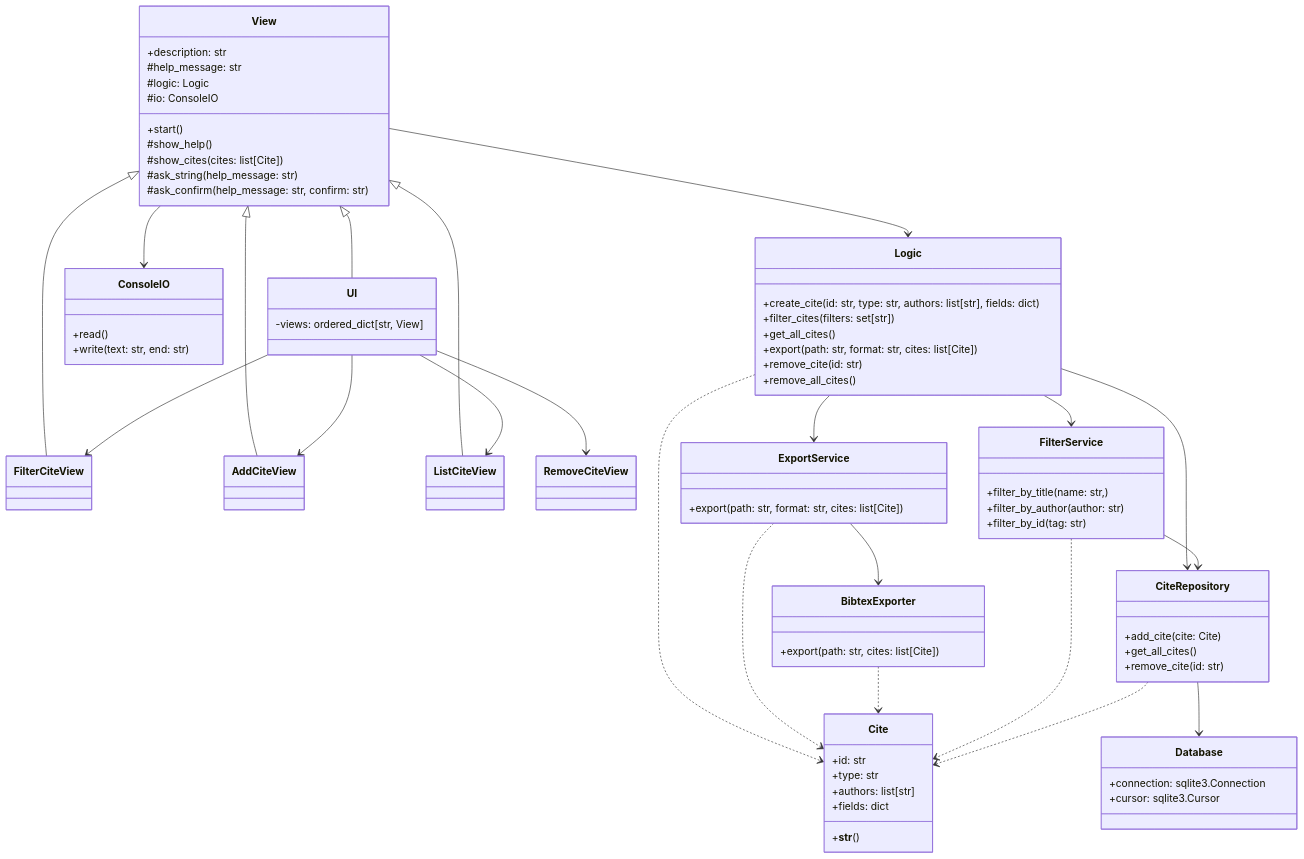
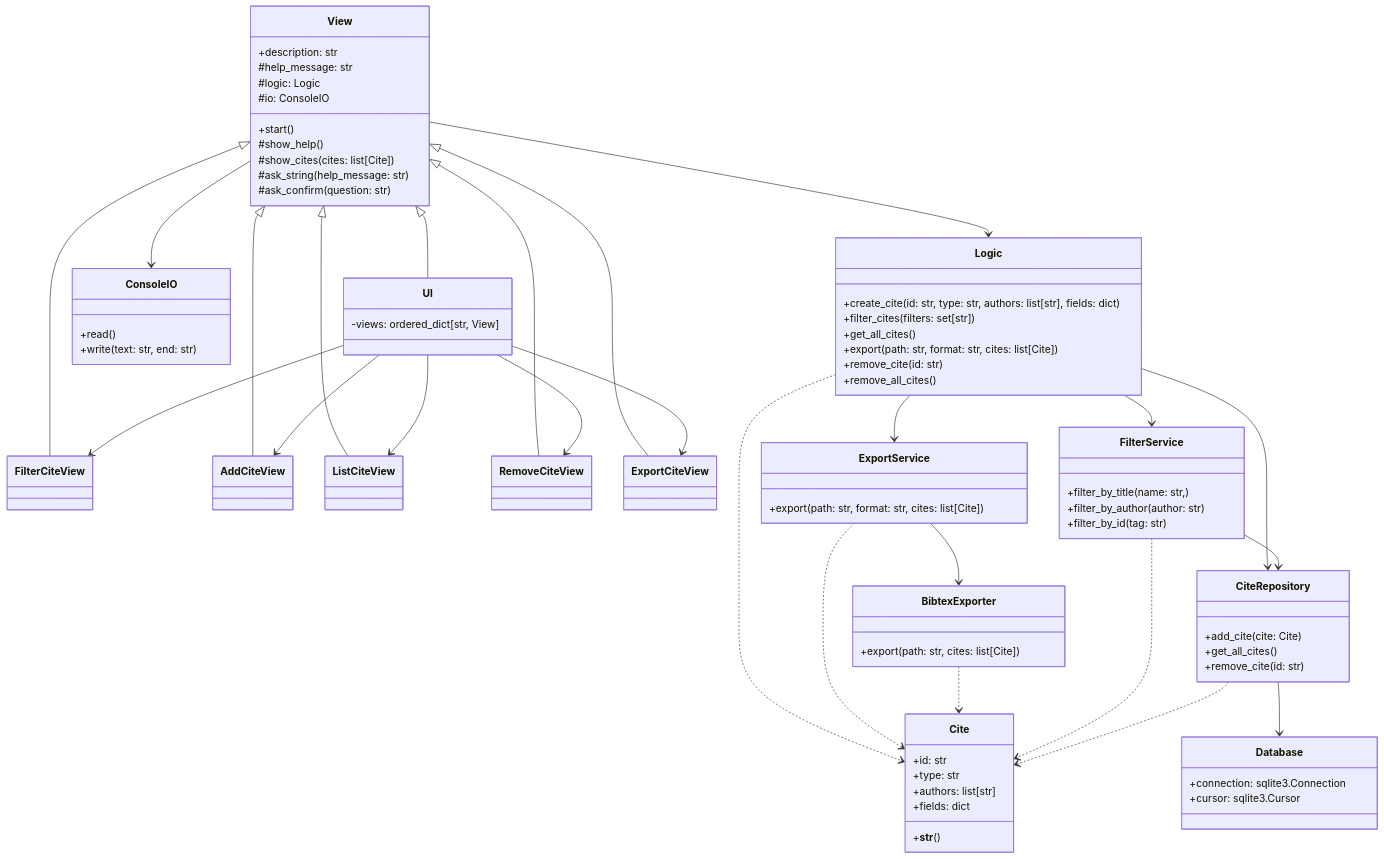
The second of 2 diagrams in docs/arkkitehtuuri.md (TheJiahao/ohtu-miniprojekti), drawn with Mermaid before and after one commit.

```diff
--- a/docs/arkkitehtuuri.md
+++ b/docs/arkkitehtuuri.md
@@ -29,11 +29,14 @@
 View <|-- FilterCiteView
 View <|-- AddCiteView
 View <|-- ListCiteView
+View <|-- RemoveCiteView
+View <|-- ExportCiteView
 
 UI --> FilterCiteView
 UI --> AddCiteView
 UI --> ListCiteView
 UI --> RemoveCiteView
+UI --> ExportCiteView
 
 Logic ..> Cite
 Logic --> CiteRepository
@@ -65,7 +68,7 @@
     #show_help()
     #show_cites(cites: list[Cite])
     #ask_string(help_message: str)
-    #ask_confirm(help_message: str, confirm: str)
+    #ask_confirm(question: str)
 }
 
 class UI {
```
